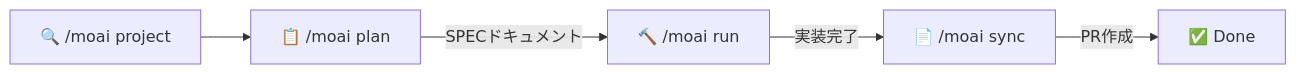
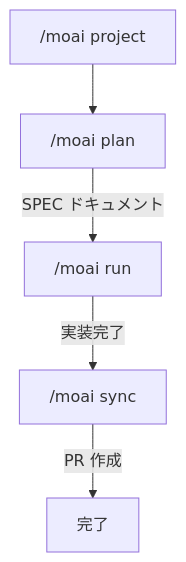
Before and after one commit to modu-ai/moai-adk: the first of 5 diagrams in README.ja.md, drawn with Mermaid. The commit also changed other lines of this file and 395 other files, not shown here.

````diff
--- a/README.ja.md
+++ b/README.ja.md
@@ -180,7 +135,7 @@
 ```mermaid
-graph LR
-    A["🔍 /moai project"] --> B["📋 /moai plan"]
-    B -->|"SPECドキュメント"| C["🔨 /moai run"]
-    C -->|"実装完了"| D["📄 /moai sync"]
-    D -->|"PR作成"| E["✅ Done"]
+flowchart TD
+    A["/moai project"] --> B["/moai plan"]
+    B -->|"SPEC ドキュメント"| C["/moai run"]
+    C -->|"実装完了"| D["/moai sync"]
+    D -->|"PR 作成"| E["完了"]
 ```
````
